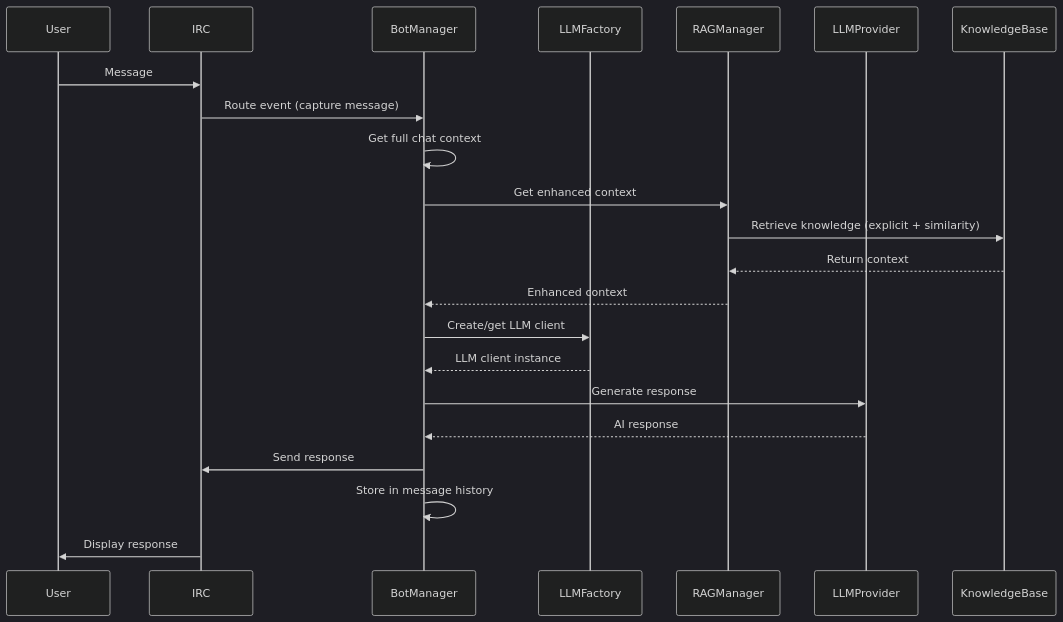
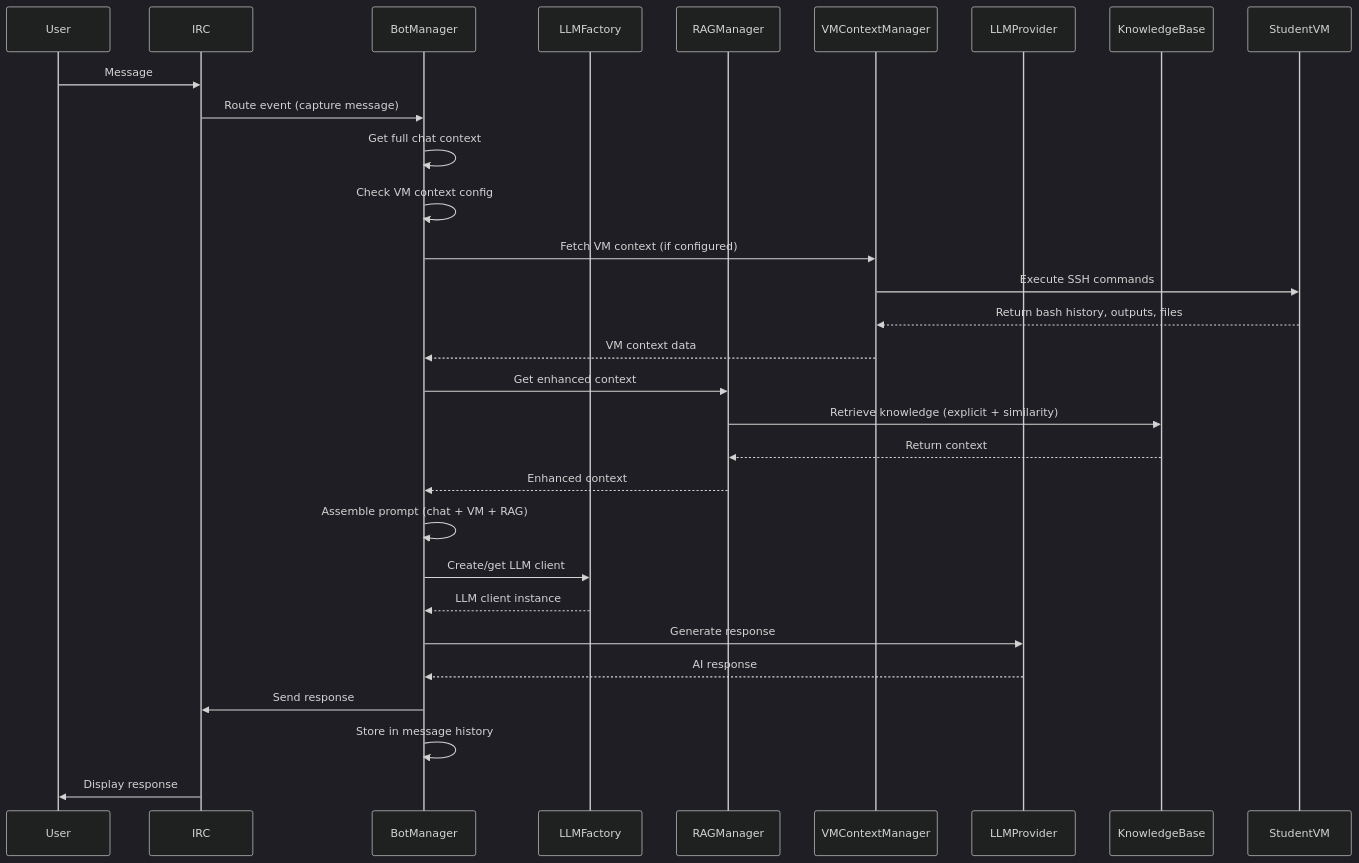
The second of 8 diagrams in docs/architecture.md (mission-deny-the-mission/opt_hackerbot), drawn with Mermaid (dark theme) before and after one commit. The commit also changed other lines of this file and 2 other files, not shown here.

````diff
--- a/docs/architecture.md
+++ b/docs/architecture.md
@@ -268,25 +304,33 @@
 ```mermaid
 sequenceDiagram
     participant User
     participant IRC
     participant BotManager
     participant LLMFactory
     participant RAGManager
+    participant VMContextManager
     participant LLMProvider
     participant KnowledgeBase
+    participant StudentVM
     
     User->>IRC: Message
     IRC->>BotManager: Route event (capture message)
     BotManager->>BotManager: Get full chat context
+    BotManager->>BotManager: Check VM context config
+    BotManager->>VMContextManager: Fetch VM context (if configured)
+    VMContextManager->>StudentVM: Execute SSH commands
+    StudentVM-->>VMContextManager: Return bash history, outputs, files
+    VMContextManager-->>BotManager: VM context data
     BotManager->>RAGManager: Get enhanced context
     RAGManager->>KnowledgeBase: Retrieve knowledge (explicit + similarity)
     KnowledgeBase-->>RAGManager: Return context
     RAGManager-->>BotManager: Enhanced context
+    BotManager->>BotManager: Assemble prompt (chat + VM + RAG)
     BotManager->>LLMFactory: Create/get LLM client
     LLMFactory-->>BotManager: LLM client instance
     BotManager->>LLMProvider: Generate response
     LLMProvider-->>BotManager: AI response
     BotManager->>IRC: Send response
     BotManager->>BotManager: Store in message history
     IRC->>User: Display response
 ```
````
